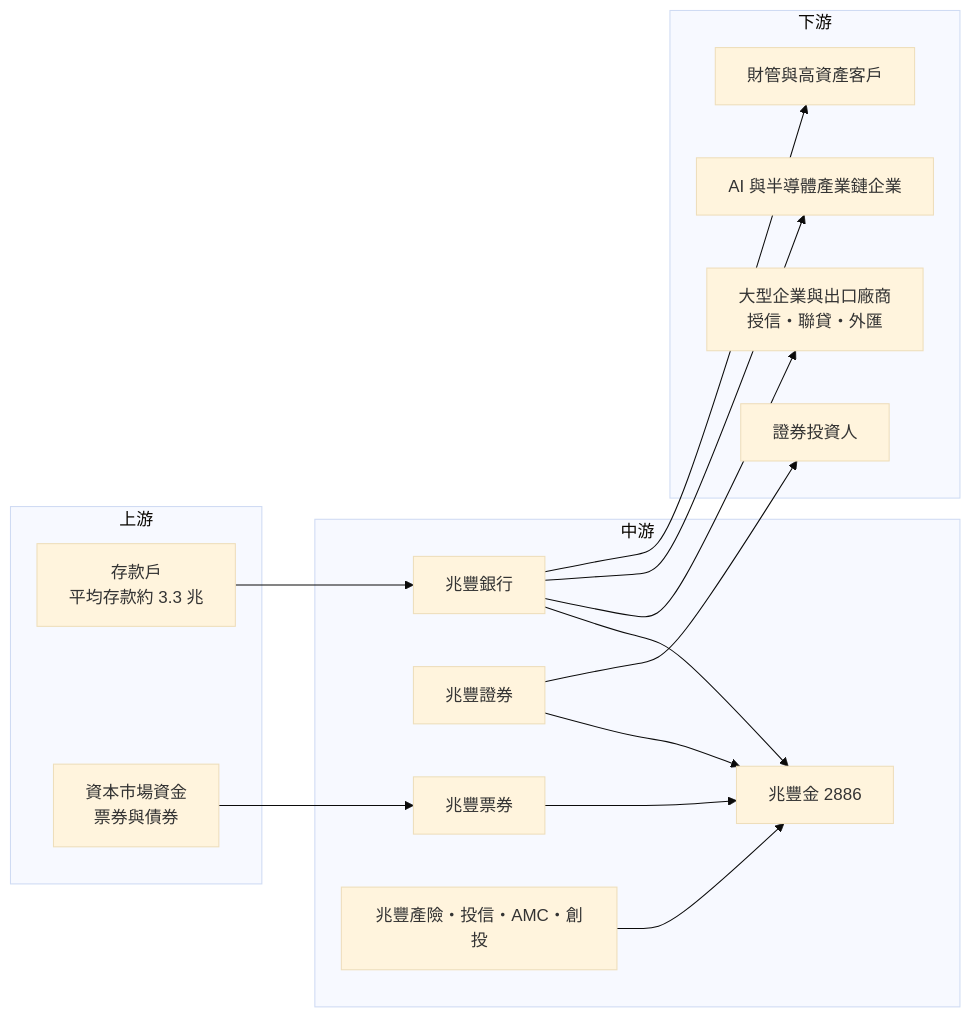
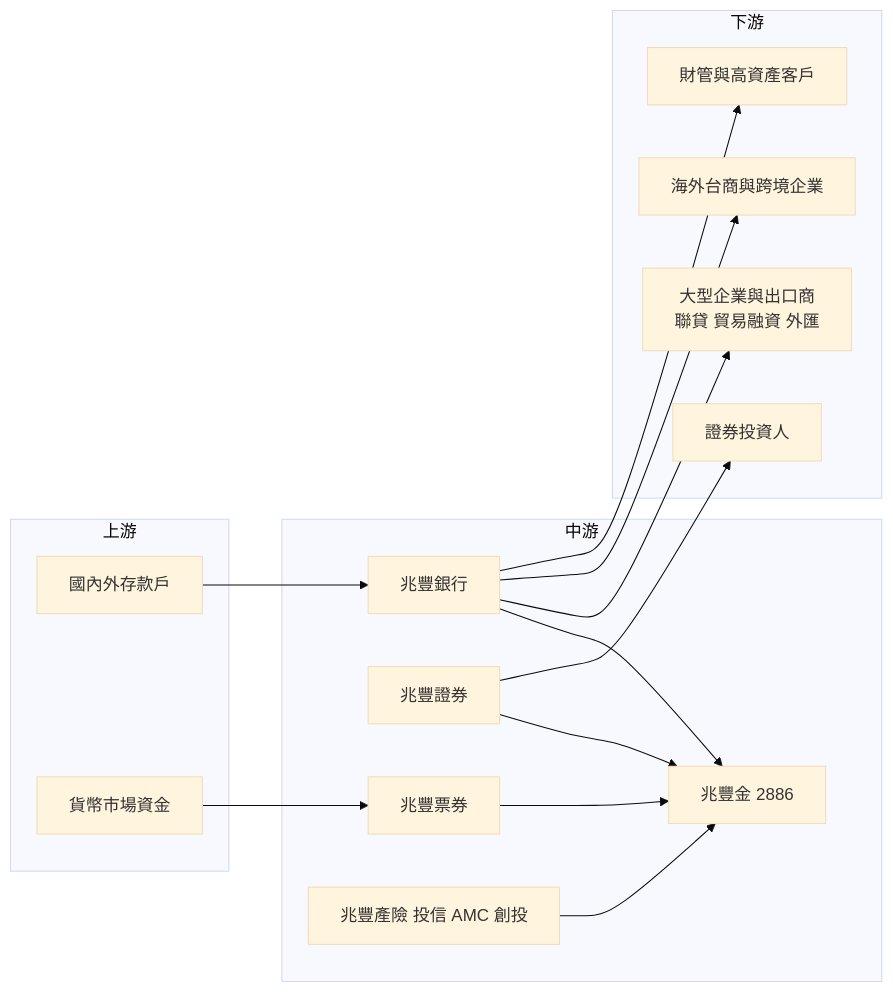
Before and after one commit to wangnick1004/taiwan-stock-vault: the fourth of 4 diagrams in 個股/台股/2886兆豐金.md, drawn with Mermaid (base theme). The commit also changed other lines of this file and 7 other files, not shown here.

````diff
--- a/個股/台股/2886兆豐金.md
+++ b/個股/台股/2886兆豐金.md
@@ -217,30 +249,30 @@
 ```mermaid
 flowchart LR
     subgraph 上游
-        A1[存款戶<br/>平均存款約 3.3 兆]
-        A2[資本市場資金<br/>票券與債券]
+        A1[國內外存款戶]
+        A2[貨幣市場資金]
     end
     subgraph 中游
         B[兆豐金 2886]
         B1[兆豐銀行]
         B2[兆豐證券]
         B3[兆豐票券]
-        B4[兆豐產險・投信・AMC・創投]
+        B4[兆豐產險 投信 AMC 創投]
     end
     subgraph 下游
-        C1[大型企業與出口廠商<br/>授信・聯貸・外匯]
-        C2[AI 與半導體產業鏈企業]
+        C1["大型企業與出口商<br/>聯貸 貿易融資 外匯"]
+        C2[海外台商與跨境企業]
         C3[財管與高資產客戶]
         C4[證券投資人]
     end
     A1 --> B1
     A2 --> B3
     B1 --> B
     B2 --> B
     B3 --> B
     B4 --> B
     B1 --> C1
     B1 --> C2
     B1 --> C3
     B2 --> C4
 ```
````
